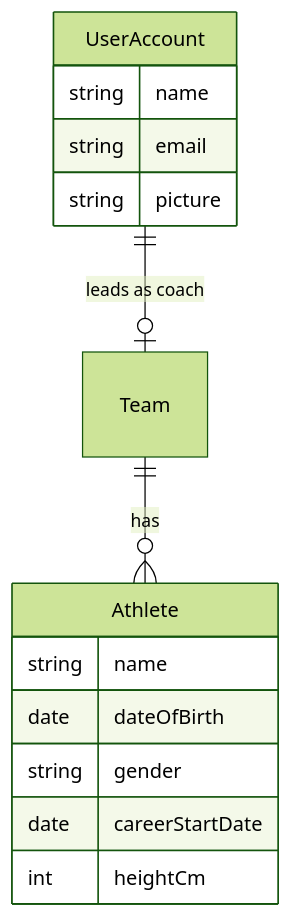
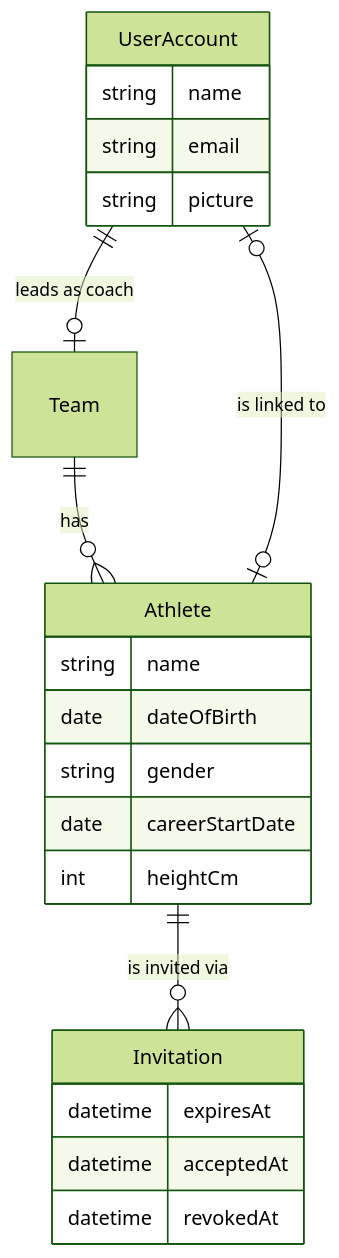
Before and after one commit to simonwesthoff/cool: the diagram in openspec/domain-model.md, drawn with Mermaid (forest theme). The commit also changed other lines of this file and 55 other files, not shown here.

First line of the commit message:
Add user roles and athlete invitations

````diff
--- a/openspec/domain-model.md
+++ b/openspec/domain-model.md
@@ -18,17 +18,24 @@
 ```mermaid
 erDiagram
     UserAccount ||--o| Team : "leads as coach"
     Team ||--o{ Athlete : "has"
+    UserAccount |o--o| Athlete : "is linked to"
+    Athlete ||--o{ Invitation : "is invited via"
     UserAccount {
         string name
         string email
         string picture
     }
     Athlete {
         string name
         date dateOfBirth
         string gender
         date careerStartDate
         int heightCm
     }
+    Invitation {
+        datetime expiresAt
+        datetime acceptedAt
+        datetime revokedAt
+    }
 ```
````
